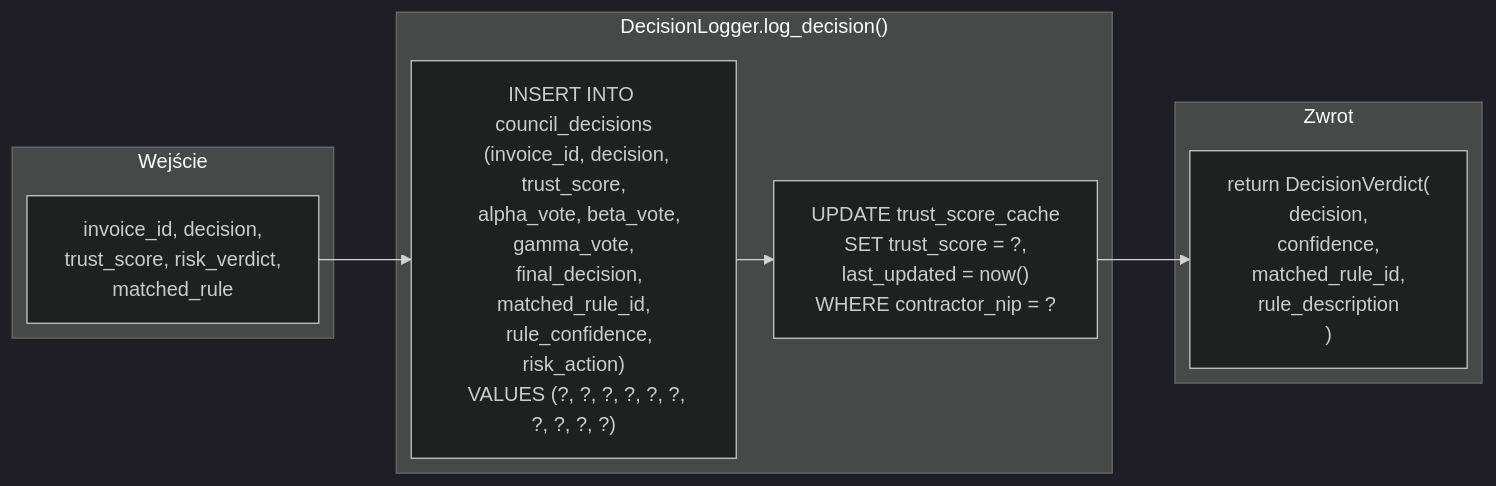
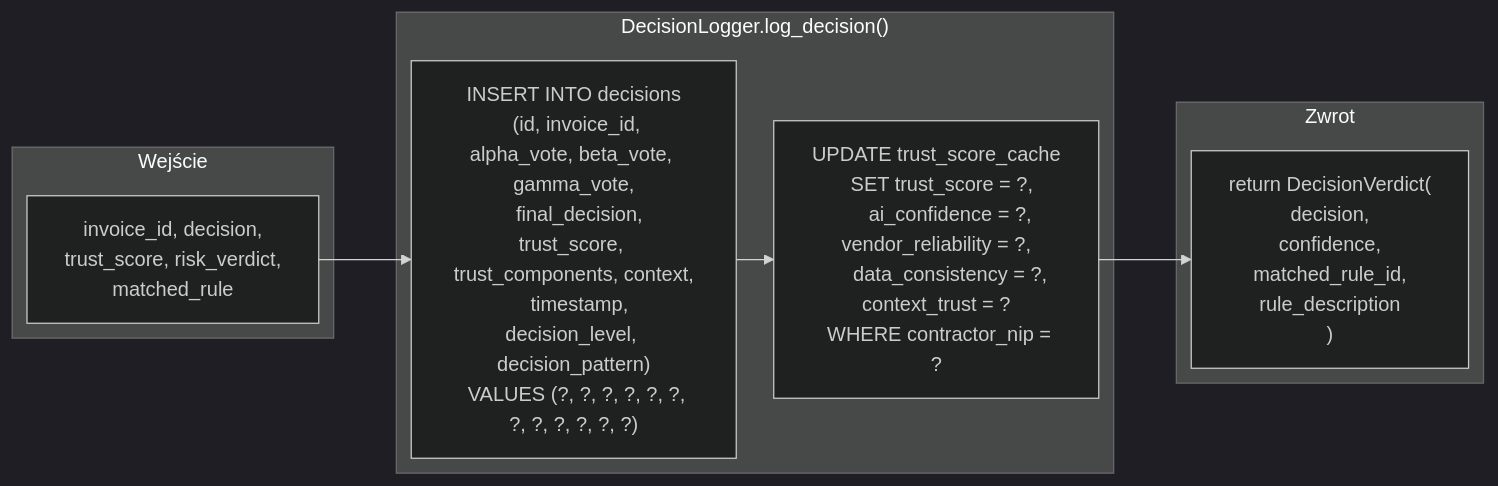
The fifth of 7 diagrams in docs/DECISION_FLOW.md (Gorski-Maciej/NexusAI), drawn with Mermaid before and after one commit. The commit also changed other lines of this file and 29 other files, not shown here.

````diff
--- a/docs/DECISION_FLOW.md
+++ b/docs/DECISION_FLOW.md
@@ -244,20 +244,20 @@
 ```mermaid
 %%{init: {"flowchart": {"defaultRenderer": "elk"}, "theme": "dark"}}%%
 flowchart LR
     subgraph INPUT["Wejście"]
         I1["invoice_id, decision,\ntrust_score, risk_verdict,\nmatched_rule"]
     end
 
     subgraph LOG["DecisionLogger.log_decision()"]
-        L1["INSERT INTO council_decisions\n  (invoice_id, decision, trust_score,\n   alpha_vote, beta_vote, gamma_vote,\n   final_decision, matched_rule_id,\n   rule_confidence, risk_action)\n  VALUES (?, ?, ?, ?, ?, ?, ?, ?, ?, ?)"]
-        L2["UPDATE trust_score_cache\n  SET trust_score = ?,\n      last_updated = now()\n  WHERE contractor_nip = ?"]
+        L1["INSERT INTO decisions\n  (id, invoice_id, alpha_vote, beta_vote, gamma_vote,\n   final_decision, trust_score, trust_components, context,\n   timestamp, decision_level, decision_pattern)\n  VALUES (?, ?, ?, ?, ?, ?, ?, ?, ?, ?, ?, ?)"]
+        L2["UPDATE trust_score_cache\n  SET trust_score = ?,\n      ai_confidence = ?, vendor_reliability = ?,\n      data_consistency = ?, context_trust = ?\n  WHERE contractor_nip = ?"]
     end
 
     subgraph RETURN["Zwrot"]
         R1["return DecisionVerdict(\n  decision,\n  confidence,\n  matched_rule_id,\n  rule_description\n)"]
     end
 
     I1 --> L1
     L1 --> L2
     L2 --> R1
 ```
````
